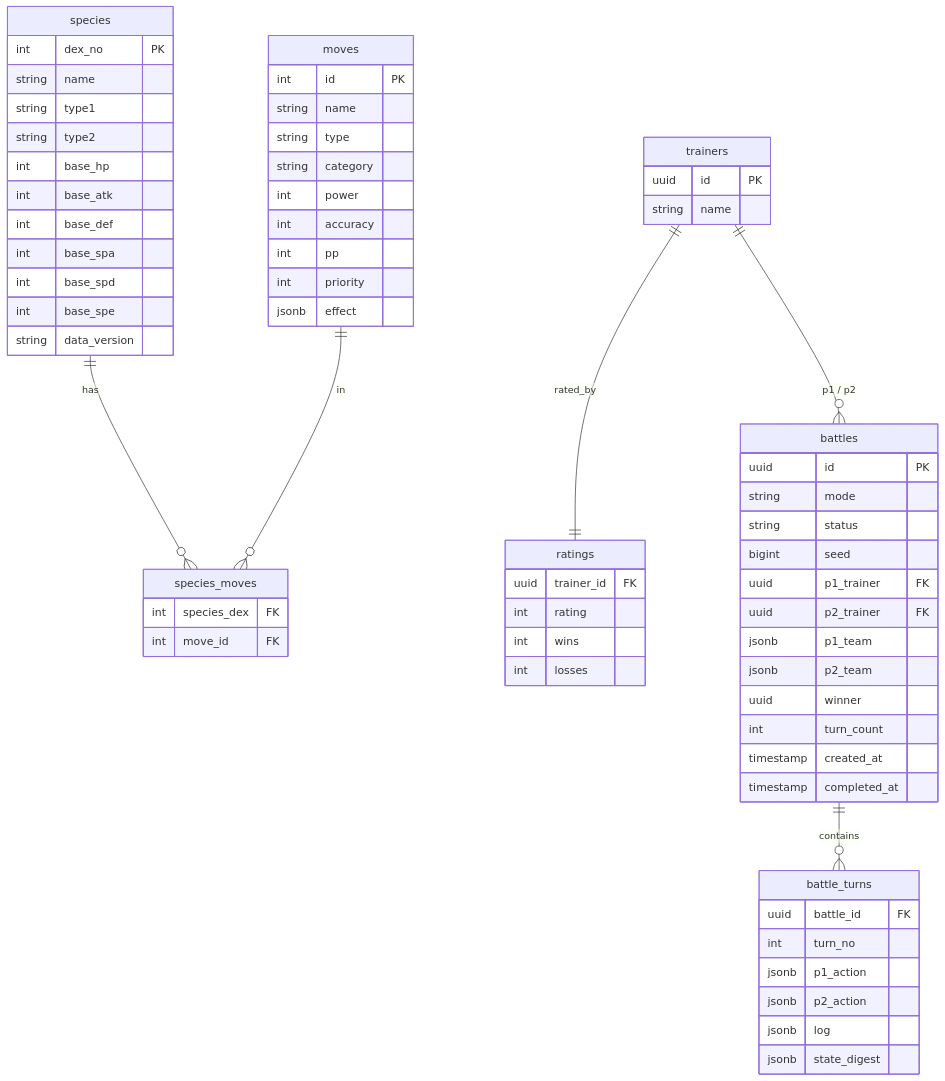
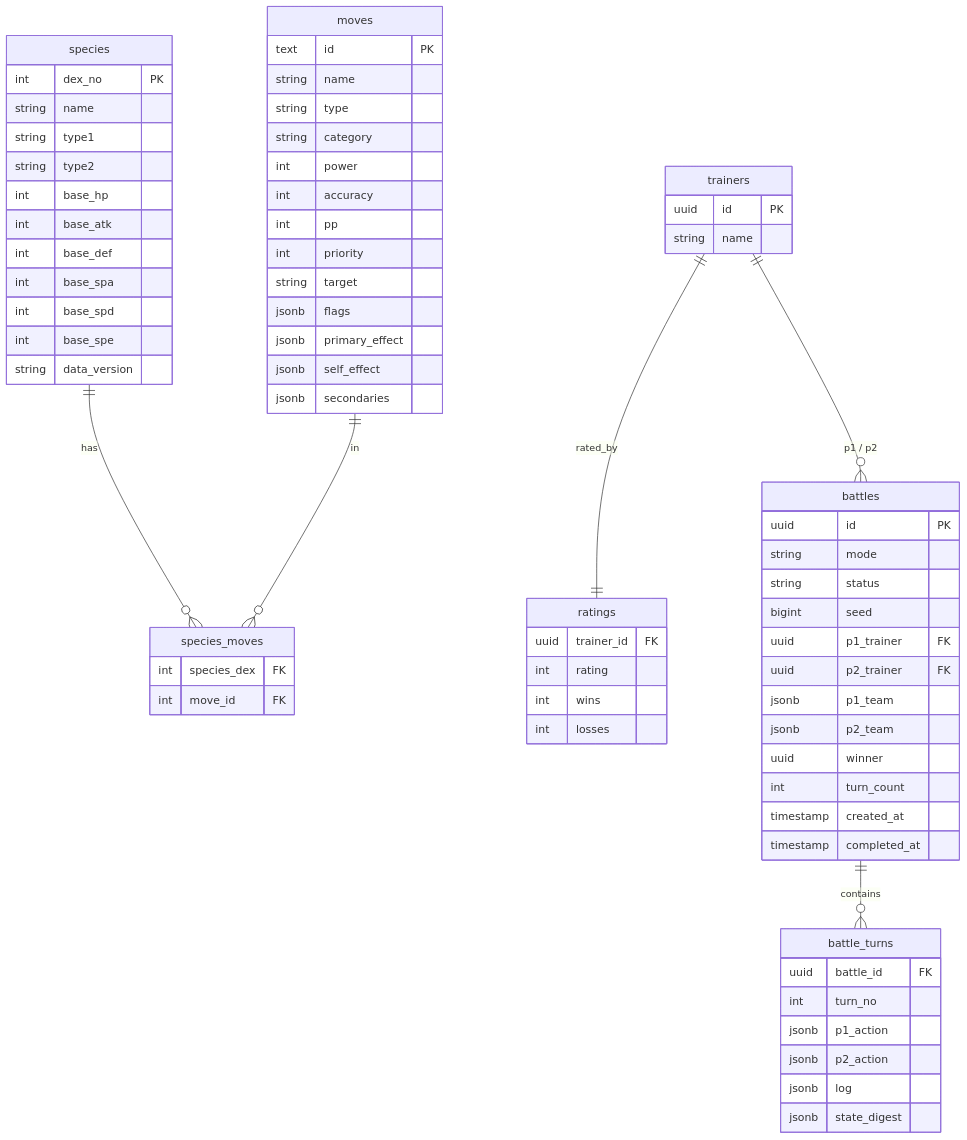
Before and after one commit to shaumik/PokeArena: the third of 3 diagrams in README.md, drawn with Mermaid. The commit also changed other lines of this file and 2 other files, not shown here.

First line of the commit message:
docs: README + animated ETL pipeline SVG; refresh architecture diagram

````diff
--- a/README.md
+++ b/README.md
@@ -209,69 +216,73 @@
 ```mermaid
 erDiagram
     species ||--o{ species_moves : has
     moves   ||--o{ species_moves : in
     trainers ||--|| ratings : rated_by
     trainers ||--o{ battles : "p1 / p2"
     battles ||--o{ battle_turns : contains
 
     species {
         int    dex_no PK
         string name
         string type1
         string type2
         int    base_hp
         int    base_atk
         int    base_def
         int    base_spa
         int    base_spd
         int    base_spe
         string data_version
     }
     moves {
-        int    id PK
+        text   id PK
         string name
         string type
         string category
         int    power
         int    accuracy
         int    pp
         int    priority
-        jsonb  effect
+        string target
+        jsonb  flags
+        jsonb  primary_effect
+        jsonb  self_effect
+        jsonb  secondaries
     }
     species_moves {
         int species_dex FK
         int move_id FK
     }
     trainers {
         uuid   id PK
         string name
     }
     ratings {
         uuid   trainer_id FK
         int    rating
         int    wins
         int    losses
     }
     battles {
         uuid      id PK
         string    mode
         string    status
         bigint    seed
         uuid      p1_trainer FK
         uuid      p2_trainer FK
         jsonb     p1_team
         jsonb     p2_team
         uuid      winner
         int       turn_count
         timestamp created_at
         timestamp completed_at
     }
     battle_turns {
         uuid   battle_id FK
         int    turn_no
         jsonb  p1_action
         jsonb  p2_action
         jsonb  log
         jsonb  state_digest
     }
 ```
````
